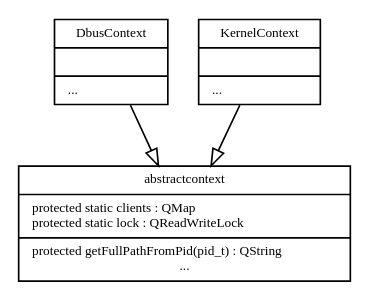
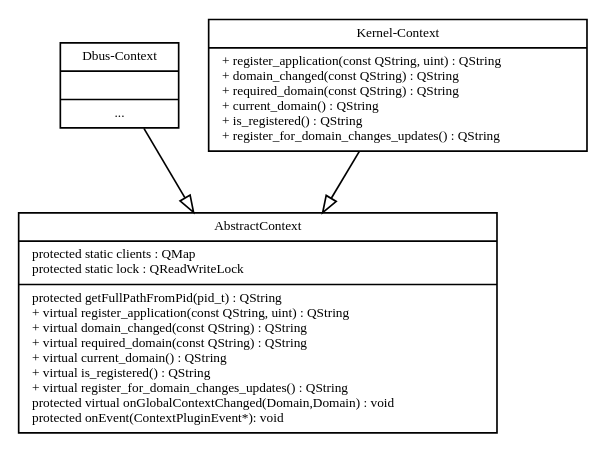
One commit to Siosm/contextd-capture changed the diagram in rapport/attachements/class.dot. Above: the diagram before and after it, drawn with Graphviz. The commit also changed 5 other files, not shown here.

Commit message:
Modification schemas

```diff
--- a/rapport/attachements/class.dot
+++ b/rapport/attachements/class.dot
@@ -1,34 +1,34 @@
 digraph G {
 	fontname = "Bitstream Vera Sans"
 	fontsize = 8
 	
 	node [
 		fontname  ="Bitstream Vera Sans"
 		fontsize = 8
 		shape = "record"
 	]
 
 	edge [
 		fontname  ="Bitstream Vera Sans"
 		fontsize = 8
 		arrowhead = "empty"
 	]
 
 	abstractcontext [
-		//label = "{AbstractContext|protected static clients : QMap\lprotected static lock : QReadWriteLock\l|protected getFullPathFromPid(pid_t) : QString\l+ virtual register_application(const QString, uint) : QString\l+ virtual domain_changed(const QString) : QString\l+ virtual required_domain(const QString) : QString\l+ virtual current_domain() : QString\l+ virtual is_registered() : QString\l+ virtual register_for_domain_changes_updates() : QString\lprotected virtual onGlobalContextChanged(Domain,Domain) : void\lprotected onEvent(ContextPluginEvent*): void\l}"
-		label = "{abstractcontext|protected static clients : QMap\lprotected static lock : QReadWriteLock\l|protected getFullPathFromPid(pid_t) : QString\l...}"
+		label = "{AbstractContext|protected static clients : QMap\lprotected static lock : QReadWriteLock\l|protected getFullPathFromPid(pid_t) : QString\l+ virtual register_application(const QString, uint) : QString\l+ virtual domain_changed(const QString) : QString\l+ virtual required_domain(const QString) : QString\l+ virtual current_domain() : QString\l+ virtual is_registered() : QString\l+ virtual register_for_domain_changes_updates() : QString\lprotected virtual onGlobalContextChanged(Domain,Domain) : void\lprotected onEvent(ContextPluginEvent*): void\l}"
+		//label = "{abstractcontext|protected static clients : QMap\lprotected static lock : QReadWriteLock\l|protected getFullPathFromPid(pid_t) : QString\l...}"
 	]
 
 	dbuscontext [
-		label = "{DbusContext||...\l}"
+		label = "{Dbus-Context||...}"
 	]
 
 	kernelcontext [
-		label = "{KernelContext||...\l}"
+		label = "{Kernel-Context|+ register_application(const QString, uint) : QString\l+ domain_changed(const QString) : QString\l+ required_domain(const QString) : QString\l+ current_domain() : QString\l+ is_registered() : QString\l+ register_for_domain_changes_updates() : QString\l}"
 	]
 
 	dbuscontext->abstractcontext;
 	kernelcontext->abstractcontext;
 
 }
 // dot -T pdf -o class.pdf class.dot
```
